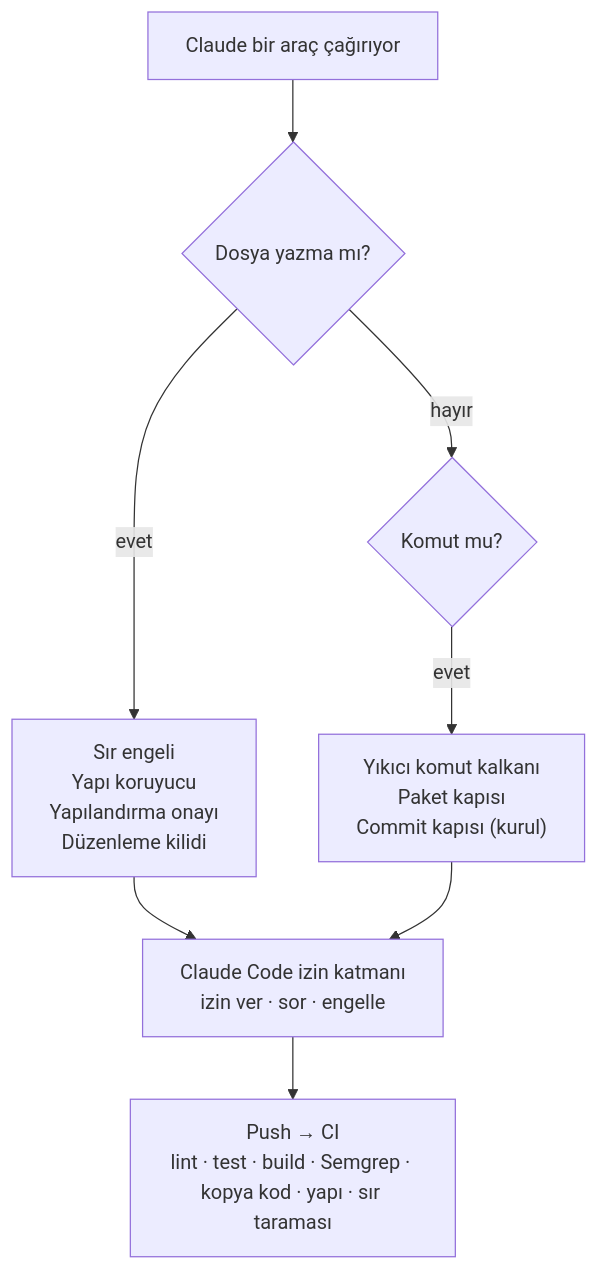
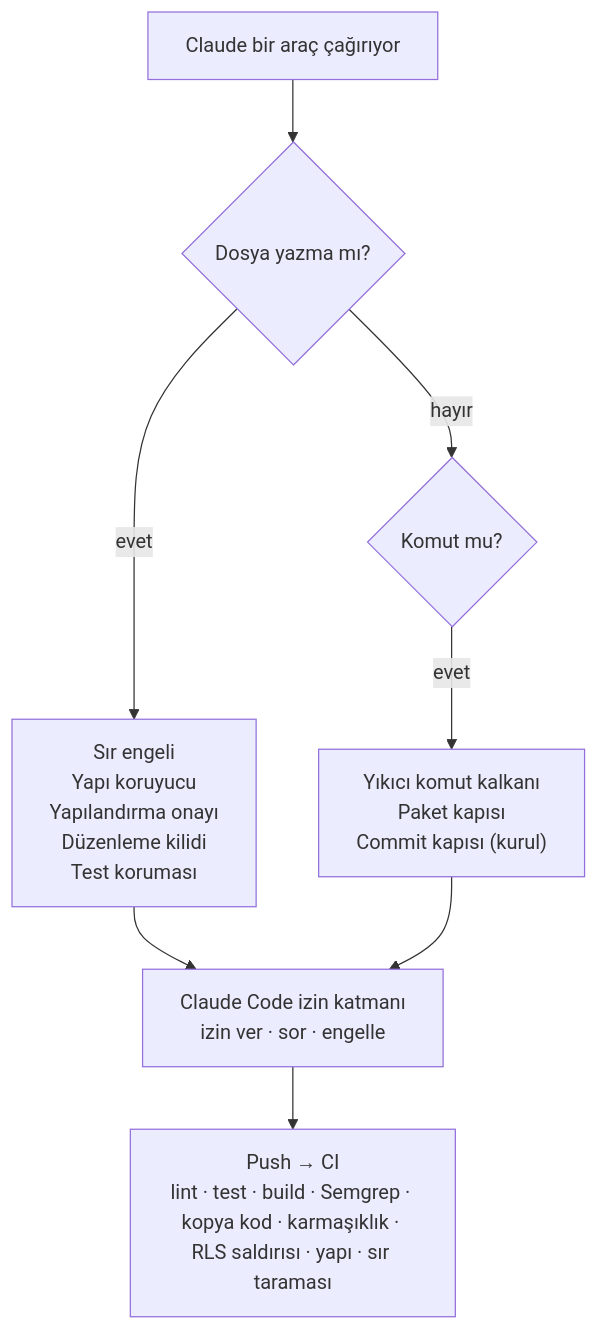
One commit to burakdogrul/TillerHand changed the fifth of 5 diagrams in README.md. Above: the diagram before and after it, drawn with Mermaid. The commit also changed other lines of this file and 41 other files, not shown here.

First line of the commit message:
wip: Kit 3.13.0 adayı (test koruması, tur sayacı, karmaşıklık bütçesi, RLS testi, dev/prod)

````diff
--- a/README.md
+++ b/README.md
@@ -339,10 +339,10 @@
 ```mermaid
 flowchart TB
     T["Claude bir araç çağırıyor"] --> W{"Dosya yazma mı?"}
-    W -->|evet| SG["Sır engeli<br/>Yapı koruyucu<br/>Yapılandırma onayı<br/>Düzenleme kilidi"]
+    W -->|evet| SG["Sır engeli<br/>Yapı koruyucu<br/>Yapılandırma onayı<br/>Düzenleme kilidi<br/>Test koruması"]
     W -->|hayır| B{"Komut mu?"}
     B -->|evet| BG["Yıkıcı komut kalkanı<br/>Paket kapısı<br/>Commit kapısı (kurul)"]
     SG --> P["Claude Code izin katmanı<br/>izin ver · sor · engelle"]
     BG --> P
-    P --> CI["Push → CI<br/>lint · test · build · Semgrep · kopya kod · yapı · sır taraması"]
+    P --> CI["Push → CI<br/>lint · test · build · Semgrep · kopya kod · karmaşıklık · RLS saldırısı · yapı · sır taraması"]
 ```
````
